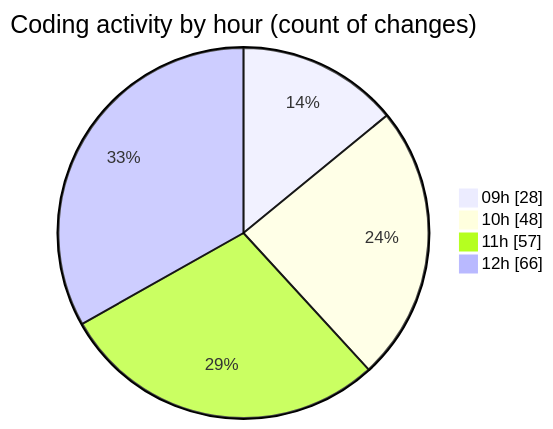
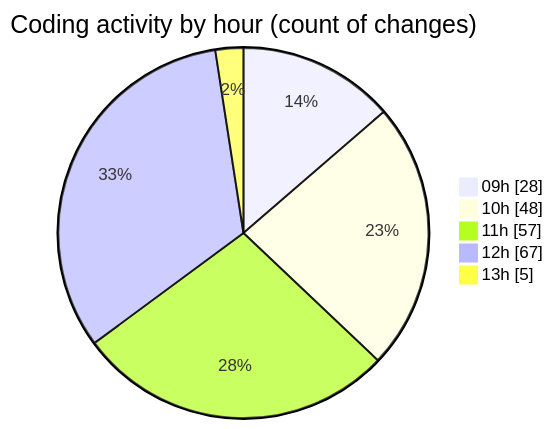
One commit to momahboobian/code-tracking changed the second of 2 diagrams in 2026-07-30/cda/README.md. Above: the diagram before and after it, drawn with Mermaid. The commit also changed other lines of this file and 1 other file, not shown here.

````diff
--- a/2026-07-30/cda/README.md
+++ b/2026-07-30/cda/README.md
@@ -66,8 +67,9 @@
 ```mermaid
 pie showData
 title Coding activity by hour (count of changes)
 "09h" : 28
 "10h" : 48
 "11h" : 57
-"12h" : 66
+"12h" : 67
+"13h" : 5
 ```
````
